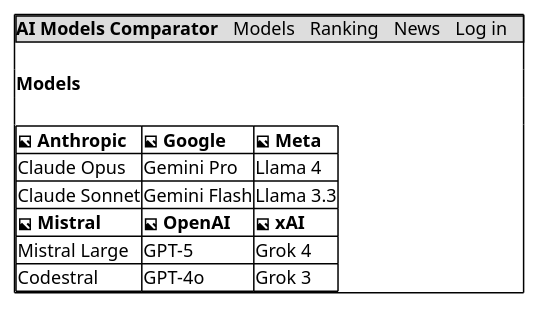
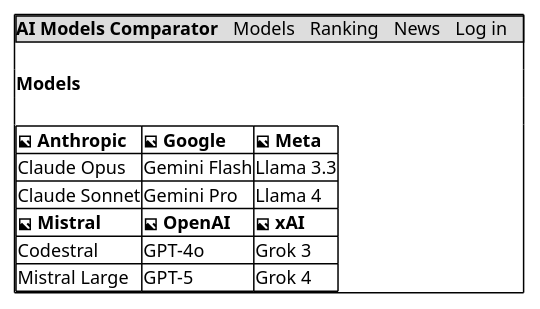
The diagram in docs/SRS/figures/wf-models.puml (valgempp/Software-Engineering-Project), drawn with PlantUML before and after one commit. The commit also changed 32 other files, not shown here.

```diff
--- a/docs/SRS/figures/wf-models.puml
+++ b/docs/SRS/figures/wf-models.puml
@@ -1,16 +1,16 @@
 @startsalt
 {+
   {* <b>AI Models Comparator | Models | Ranking | News | Log in }
   .
   <b>Models
   .
   {#
     <&image> <b>Anthropic | <&image> <b>Google | <&image> <b>Meta
-    Claude Opus | Gemini Pro | Llama 4
-    Claude Sonnet | Gemini Flash | Llama 3.3
+    Claude Opus | Gemini Flash | Llama 3.3
+    Claude Sonnet | Gemini Pro | Llama 4
     <&image> <b>Mistral | <&image> <b>OpenAI | <&image> <b>xAI
+    Codestral | GPT-4o | Grok 3
     Mistral Large | GPT-5 | Grok 4
-    Codestral | GPT-4o | Grok 3
   }
 }
 @endsalt
```
